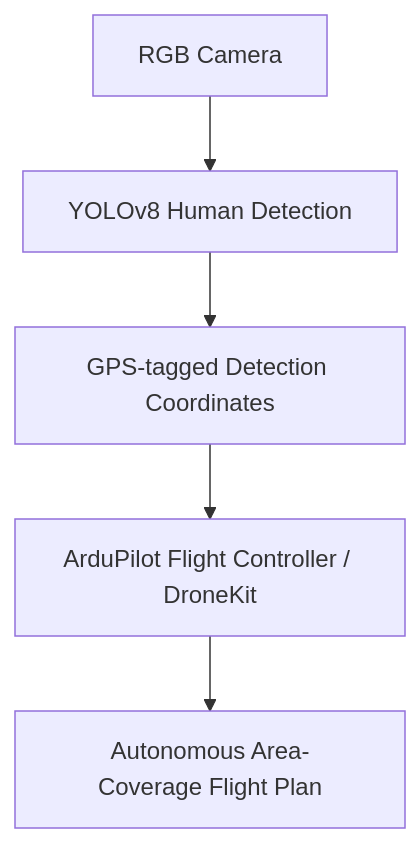
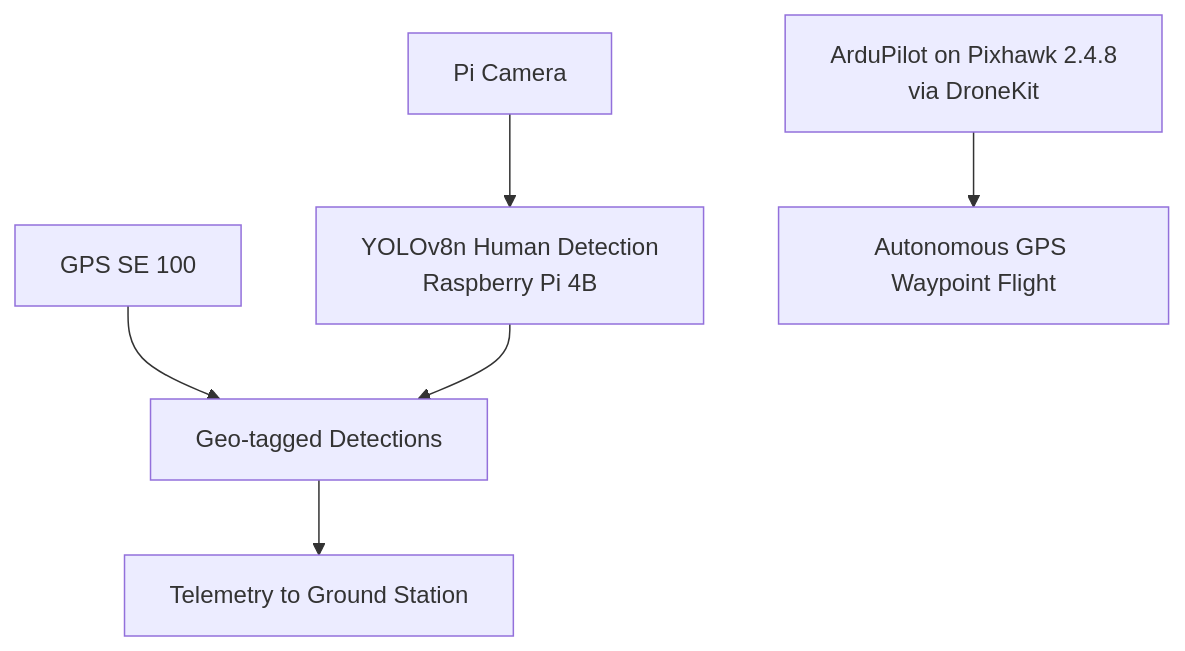
One commit to JubayerONROB/JubayerONROB.github.io changed the diagram in content/work/projects/autonomous-rescue-drone.md. Above: the diagram before and after it, drawn with Mermaid. The commit also changed other lines of this file and 10 other files, not shown here.

````diff
--- a/content/work/projects/autonomous-rescue-drone.md
+++ b/content/work/projects/autonomous-rescue-drone.md
@@ -31,7 +31,8 @@
 ```mermaid
 flowchart TD
-    A[RGB Camera] --> B[YOLOv8 Human Detection]
-    B --> C[GPS-tagged Detection Coordinates]
-    C --> D[ArduPilot Flight Controller / DroneKit]
-    D --> E[Autonomous Area-Coverage Flight Plan]
+    A[Pi Camera] --> B[YOLOv8n Human Detection<br/>Raspberry Pi 4B]
+    G[GPS SE 100] --> C[Geo-tagged Detections]
+    B --> C
+    C --> D[Telemetry to Ground Station]
+    E[ArduPilot on Pixhawk 2.4.8<br/>via DroneKit] --> F[Autonomous GPS Waypoint Flight]
 ```
````
